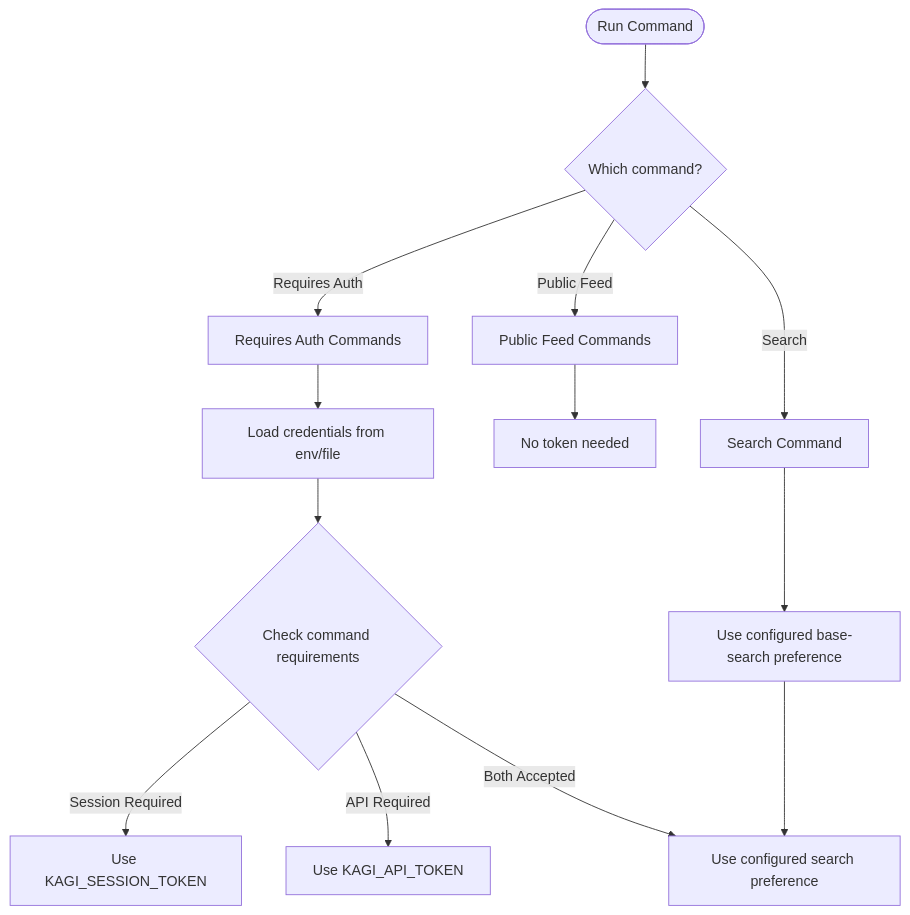
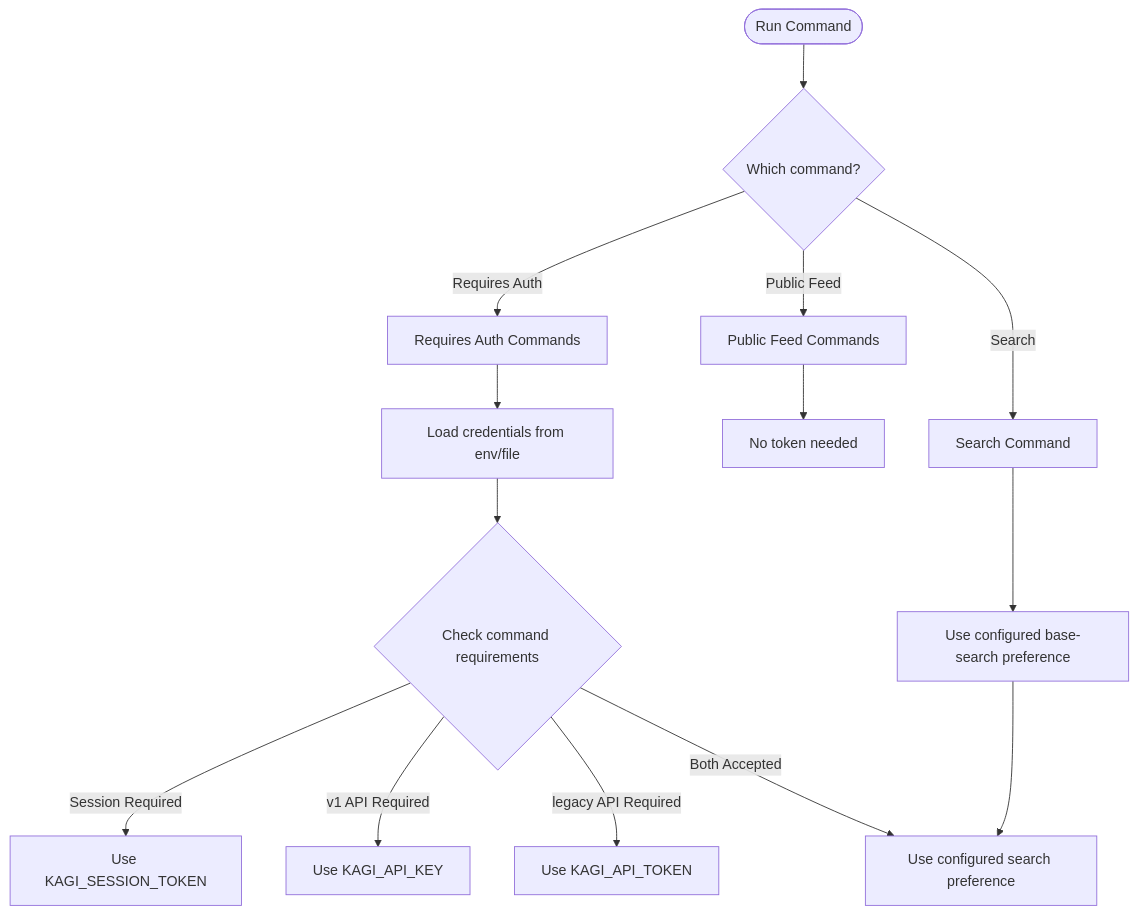
The first of 2 diagrams in docs/guides/authentication.mdx (Microck/kagi-cli), drawn with Mermaid before and after one commit. The commit also changed other lines of this file and 25 other files, not shown here.

First line of the commit message:
feat(auth)!: split API keys from legacy tokens

````diff
--- a/docs/guides/authentication.mdx
+++ b/docs/guides/authentication.mdx
@@ -66,21 +80,22 @@
 ```mermaid
 flowchart TD
     Start([Run Command]) --> WhichCommand{Which command?}
     
     WhichCommand -->|Public Feed| PublicFeed[Public Feed Commands]
     WhichCommand -->|Requires Auth| RequiresAuth[Requires Auth Commands]
     WhichCommand -->|Search| SearchCmd[Search Command]
     
     PublicFeed --> NoToken[No token needed]
     
     RequiresAuth --> LoadCreds[Load credentials from env/file]
     LoadCreds --> CheckReqs{Check command requirements}
     
     SearchCmd --> PreferConfigured[Use configured base-search preference]
     
     CheckReqs -->|Session Required| SessionReq[Use KAGI_SESSION_TOKEN]
-    CheckReqs -->|API Required| APIReq[Use KAGI_API_TOKEN]
+    CheckReqs -->|v1 API Required| APIKeyReq[Use KAGI_API_KEY]
+    CheckReqs -->|legacy API Required| APITokenReq[Use KAGI_API_TOKEN]
     CheckReqs -->|Both Accepted| BothAccepted[Use configured search preference]
 
     PreferConfigured --> BothAccepted
 ```
````
